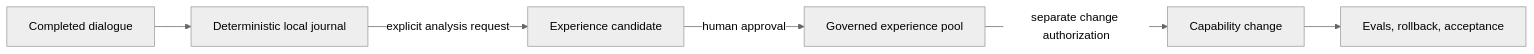
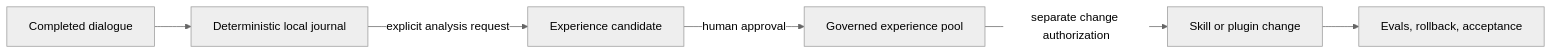
The diagram in README.md (popover1917/lorekiln), drawn with Mermaid (neutral theme) before and after one commit. The commit also changed other lines of this file and 2 other files, not shown here.

````diff
--- a/README.md
+++ b/README.md
@@ -11,8 +15,8 @@
 ```mermaid
 flowchart LR
     A["Completed dialogue"] --> B["Deterministic local journal"]
     B -->|"explicit analysis request"| C["Experience candidate"]
     C -->|"human approval"| D["Governed experience pool"]
-    D -->|"separate change authorization"| E["Capability change"]
+    D -->|"separate change authorization"| E["Skill or plugin change"]
     E --> F["Evals, rollback, acceptance"]
 ```
````
